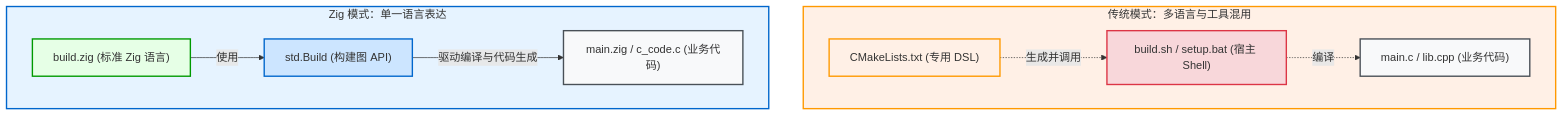
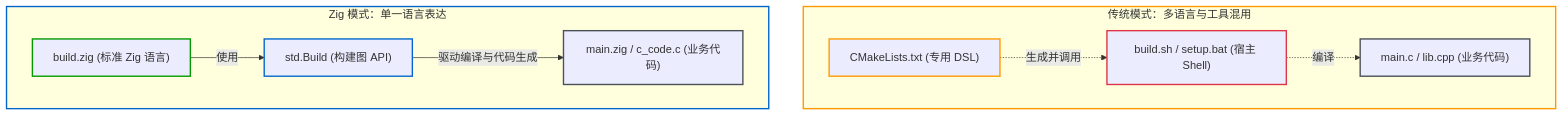
The first of 2 diagrams in zig-build/src/philosophy/zig-build-philosophy.md (jiacai2050/x), drawn with Mermaid before and after one commit. The commit also changed other lines of this file and 65 other files, not shown here.

````diff
--- a/zig-build/src/philosophy/zig-build-philosophy.md
+++ b/zig-build/src/philosophy/zig-build-philosophy.md
@@ -11,28 +11,28 @@
 ```mermaid
 graph TD
     subgraph S_Trad ["传统模式：多语言与工具混用"]
         T_DSL["CMakeLists.txt (专用 DSL)"]
         T_Shell["build.sh / setup.bat (宿主 Shell)"]
         T_Src["main.c / lib.cpp (业务代码)"]
         T_DSL -. "生成并调用" .-> T_Shell
         T_Shell -. "编译" .-> T_Src
     end
 
     subgraph S_Zig ["Zig 模式：单一语言表达"]
         Z_Build["build.zig (标准 Zig 语言)"]
         Z_API["std.Build (构建图 API)"]
         Z_Src["main.zig / c_code.c (业务代码)"]
         Z_Build -- "使用" --> Z_API
         Z_API -- "驱动编译与代码生成" --> Z_Src
     end
 
-    classDef default fill:#f8f9fa,stroke:#495057;
-    style S_Trad fill:#fff0e6,stroke:#ff9900,stroke-width:2px;
-    style S_Zig fill:#e6f3ff,stroke:#0066cc,stroke-width:2px;
-    style T_DSL fill:#fff0e6,stroke:#ff9900,stroke-width:2px;
-    style T_Shell fill:#f8d7da,stroke:#dc3545,stroke-width:2px;
-    style T_Src fill:#f8f9fa,stroke:#495057,stroke-width:2px;
-    style Z_Build fill:#e6ffe6,stroke:#009900,stroke-width:2px;
-    style Z_API fill:#cce5ff,stroke:#0066cc,stroke-width:2px;
-    style Z_Src fill:#f8f9fa,stroke:#495057,stroke-width:2px;
+    classDef default stroke:#495057;
+    style S_Trad stroke:#ff9900,stroke-width:2px;
+    style S_Zig stroke:#0066cc,stroke-width:2px;
+    style T_DSL stroke:#ff9900,stroke-width:2px;
+    style T_Shell stroke:#dc3545,stroke-width:2px;
+    style T_Src stroke:#495057,stroke-width:2px;
+    style Z_Build stroke:#009900,stroke-width:2px;
+    style Z_API stroke:#0066cc,stroke-width:2px;
+    style Z_Src stroke:#495057,stroke-width:2px;
 ```
````
